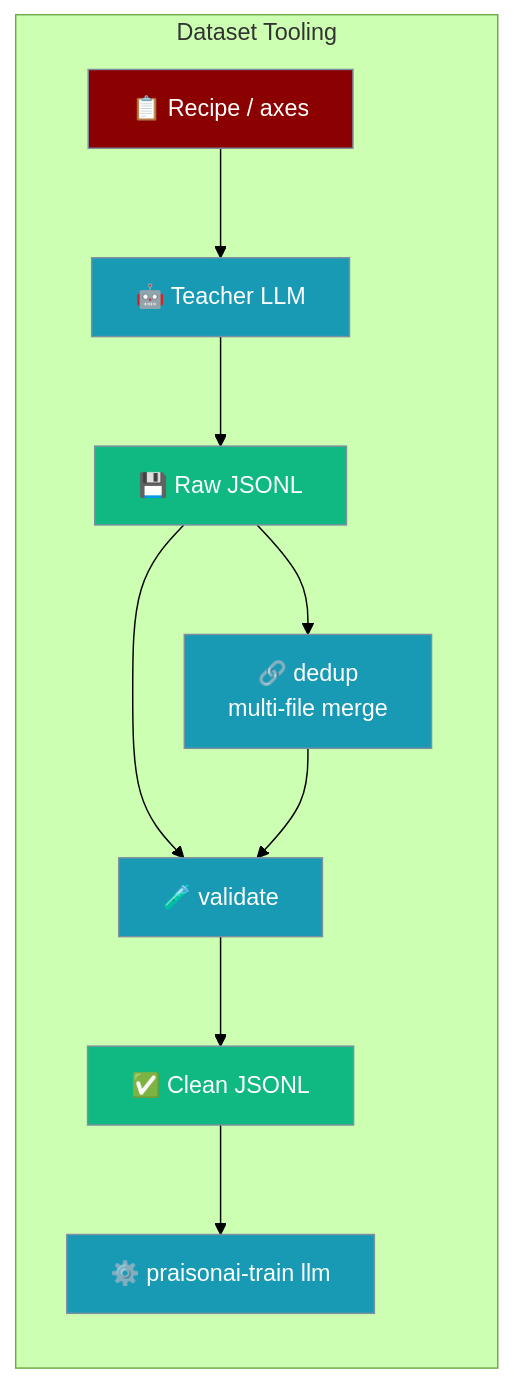
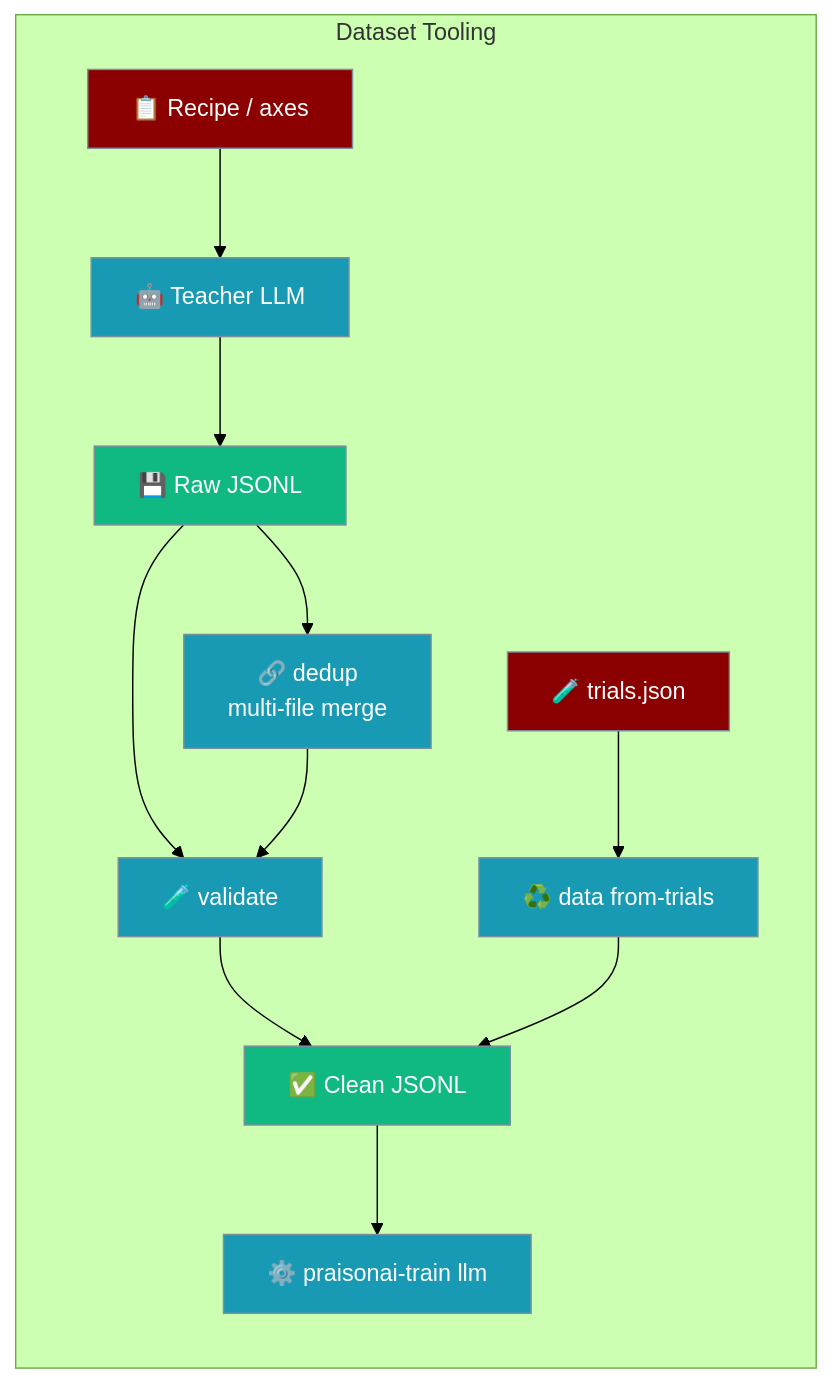
One commit to MervinPraison/PraisonAIDocs changed the first of 7 diagrams in docs/features/praisonai-train-dataset-tooling.mdx. Above: the diagram before and after it, drawn with Mermaid (forest theme). The commit also changed other lines of this file and 3 other files, not shown here.

Commit message:
docs: add `praisonai-train data from-trials` (trials→SFT export) (fixes #2356)

````diff
--- a/docs/features/praisonai-train-dataset-tooling.mdx
+++ b/docs/features/praisonai-train-dataset-tooling.mdx
@@ -10,20 +10,22 @@
 ```mermaid
 graph LR
     subgraph "Dataset Tooling"
         Recipe[📋 Recipe / axes] --> Teacher[🤖 Teacher LLM]
         Teacher --> Raw[💾 Raw JSONL]
         Raw --> Merge[🔗 dedup<br/>multi-file merge]
         Raw --> QC[🧪 validate]
         Merge --> QC
         QC --> Clean[✅ Clean JSONL]
+        Trials[🧪 trials.json] --> FromTrials[♻️ data from-trials]
+        FromTrials --> Clean
         Clean --> Train[⚙️ praisonai-train llm]
     end
 
     classDef input fill:#8B0000,stroke:#7C90A0,color:#fff
     classDef process fill:#189AB4,stroke:#7C90A0,color:#fff
     classDef result fill:#10B981,stroke:#7C90A0,color:#fff
 
-    class Recipe input
-    class Teacher,Merge,QC,Train process
+    class Recipe,Trials input
+    class Teacher,Merge,QC,FromTrials,Train process
     class Raw,Clean result
 ```
````
